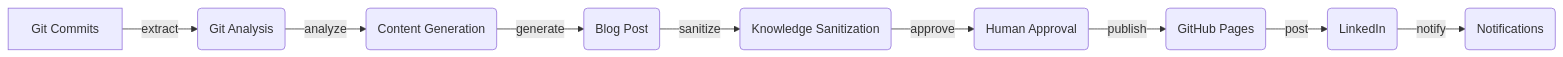
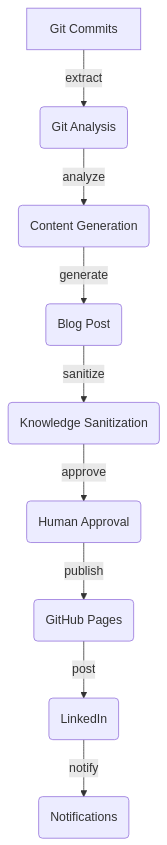
Before and after one commit to robiriu/robiriu.github.io: the diagram in docs/blog/2026-01-23-porto-agent-ai-powered-content-generation.md, drawn with Mermaid.

Commit message:
style: change mermaid diagram to vertical layout
Changed graph LR to graph TB for better fit on page

````diff
--- a/docs/blog/2026-01-23-porto-agent-ai-powered-content-generation.md
+++ b/docs/blog/2026-01-23-porto-agent-ai-powered-content-generation.md
@@ -47,11 +47,11 @@
 ```mermaid
-graph LR
+graph TB
     A[Git Commits] -->|extract| B(Git Analysis)
     B -->|analyze| C(Content Generation)
     C -->|generate| D(Blog Post)
     D -->|sanitize| E(Knowledge Sanitization)
     E -->|approve| F(Human Approval)
     F -->|publish| G(GitHub Pages)
     G -->|post| H(LinkedIn)
     H -->|notify| I(Notifications)
 ```
````
